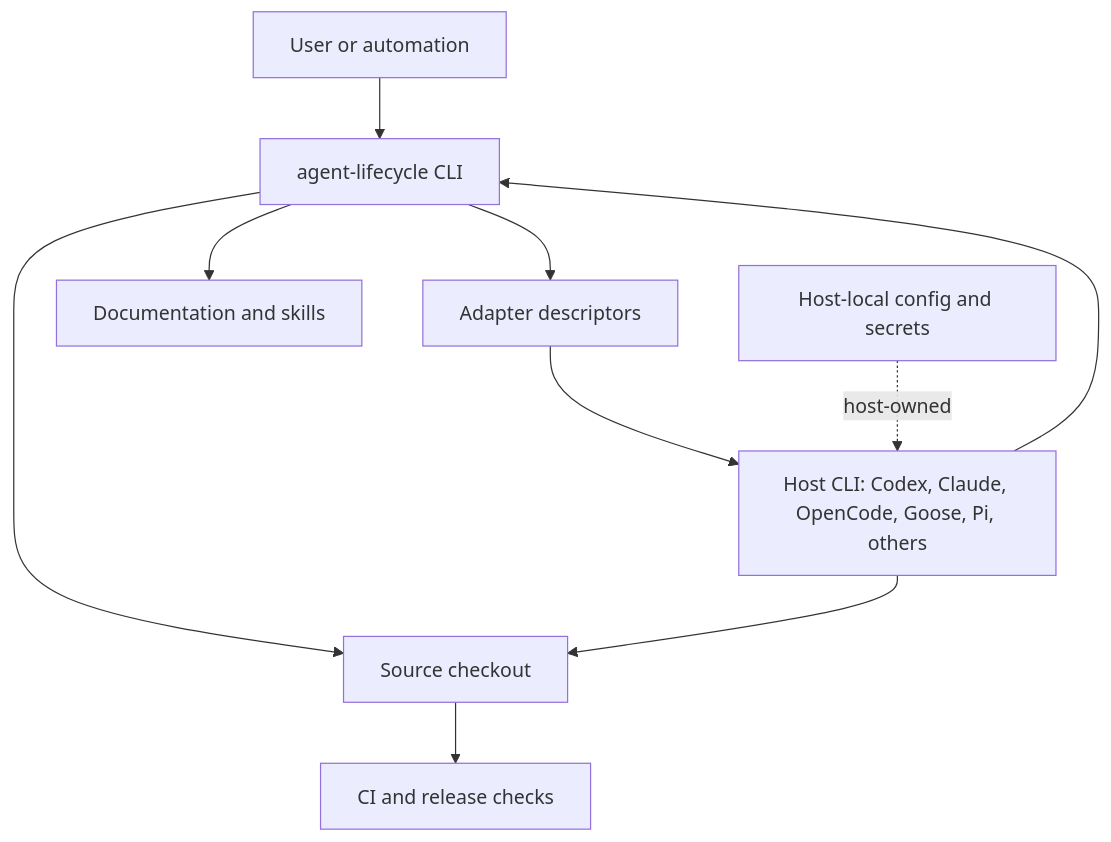
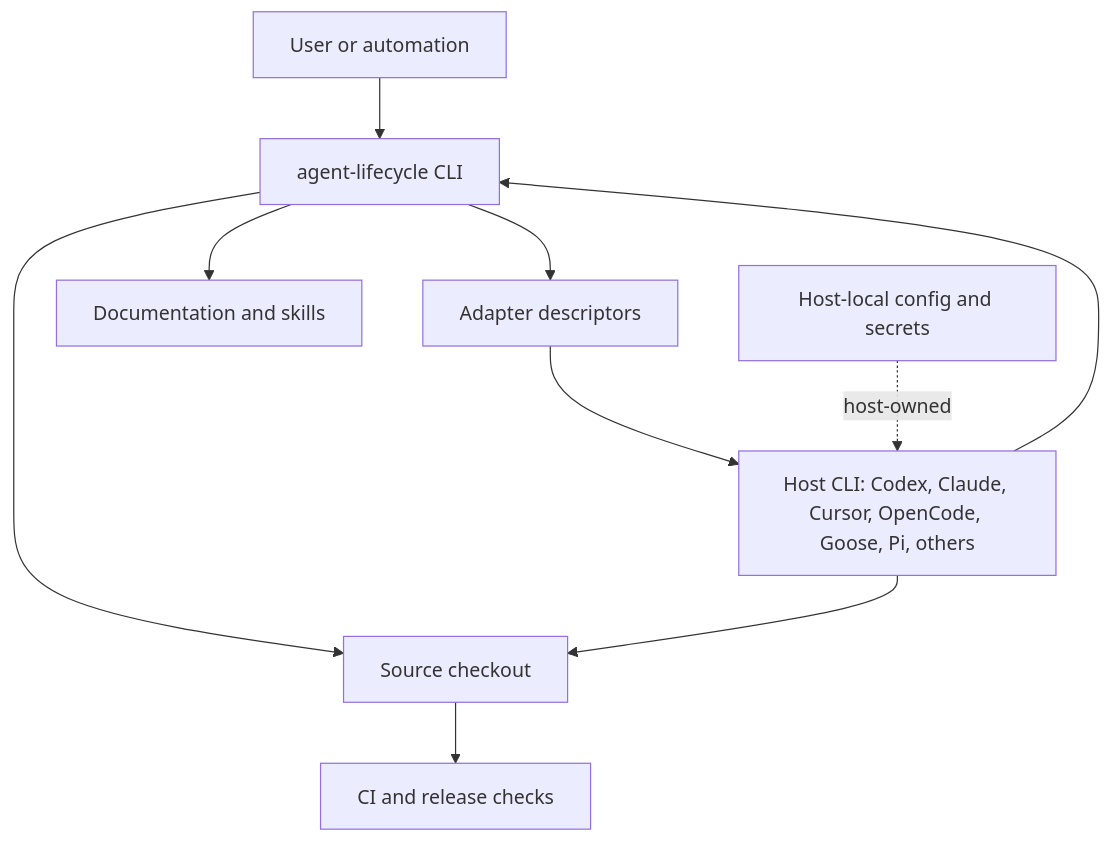
The second of 12 diagrams in docs/architecture/system-architecture.md (avksp/agent-lifecycle-kit), drawn with Mermaid before and after one commit. The commit also changed other lines of this file and 4 other files, not shown here.

Commit message:
docs: update architecture and comparison docs

````diff
--- a/docs/architecture/system-architecture.md
+++ b/docs/architecture/system-architecture.md
@@ -59,21 +59,21 @@
 ```mermaid
 flowchart TB
   user[User or automation]
   cli[agent-lifecycle CLI]
   source[Source checkout]
   adapters[Adapter descriptors]
-  host[Host CLI: Codex, Claude, OpenCode, Goose, Pi, others]
+  host[Host CLI: Codex, Claude, Cursor, OpenCode, Goose, Pi, others]
   ci[CI and release checks]
   docs[Documentation and skills]
   local[Host-local config and secrets]
 
   user --> cli
   cli --> source
   cli --> adapters
   cli --> docs
   source --> ci
   adapters --> host
   local -. host-owned .-> host
   host --> source
   host --> cli
 ```
````
